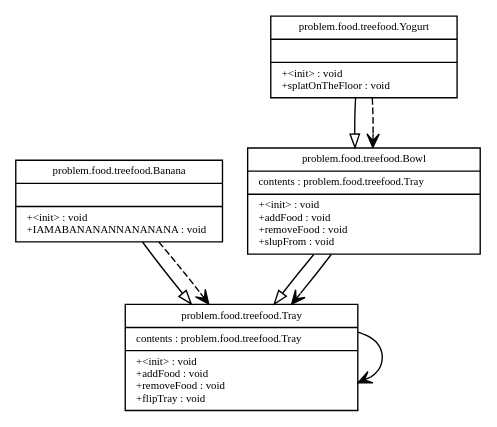
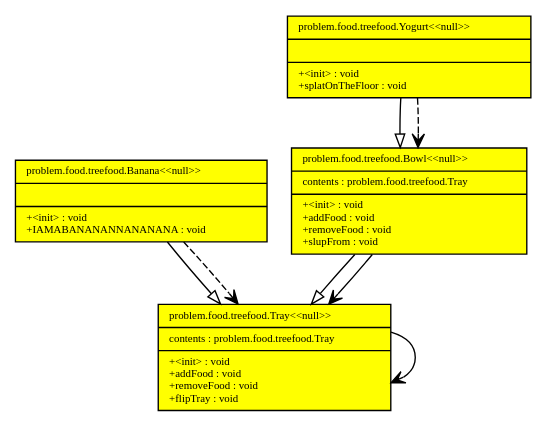
Before and after one commit to schnip/BluePizzaDiagrams: the diagram in dot/out.dot, drawn with Graphviz. The commit also changed 2 other files, not shown here.

```diff
--- a/dot/out.dot
+++ b/dot/out.dot
@@ -1,43 +1,51 @@
 digraph G {
 fontname = "Bitstream Vera Sans"
 fontsize = 8
 node [
 fontname = "Bitstream Vera Sans"
 fontsize = 8
 shape = "record"
 ]
 edge [
 fontname = "Bitstream Vera Sans"
 fontsize = 8
 ]
 problemfoodtreefoodTray [
-label = "{problem.food.treefood.Tray|contents : problem.food.treefood.Tray\l|+\<init\> : void\l+addFood : void\l+removeFood : void\l+flipTray : void\l}"
+fillcolor=yellow, style=filled,
+label = "{problem.food.treefood.Tray
+\<\<null\>\>\l|contents : problem.food.treefood.Tray\l|+\<init\> : void\l+addFood : void\l+removeFood : void\l+flipTray : void\l}"
 ]
 problemfoodtreefoodBanana [
-label = "{problem.food.treefood.Banana||+\<init\> : void\l+IAMABANANANNANANANA : void\l}"
+fillcolor=yellow, style=filled,
+label = "{problem.food.treefood.Banana
+\<\<null\>\>\l||+\<init\> : void\l+IAMABANANANNANANANA : void\l}"
 ]
 problemfoodtreefoodBowl [
-label = "{problem.food.treefood.Bowl|contents : problem.food.treefood.Tray\l|+\<init\> : void\l+addFood : void\l+removeFood : void\l+slupFrom : void\l}"
+fillcolor=yellow, style=filled,
+label = "{problem.food.treefood.Bowl
+\<\<null\>\>\l|contents : problem.food.treefood.Tray\l|+\<init\> : void\l+addFood : void\l+removeFood : void\l+slupFrom : void\l}"
 ]
 problemfoodtreefoodYogurt [
-label = "{problem.food.treefood.Yogurt||+\<init\> : void\l+splatOnTheFloor : void\l}"
+fillcolor=yellow, style=filled,
+label = "{problem.food.treefood.Yogurt
+\<\<null\>\>\l||+\<init\> : void\l+splatOnTheFloor : void\l}"
 ]
 edge [ arrowhead = "empty", style = "none"  ]
 problemfoodtreefoodBowl -> problemfoodtreefoodTray
 edge [ arrowhead = "empty", style = "none"  ]
 problemfoodtreefoodYogurt -> problemfoodtreefoodBowl
 edge [ arrowhead = "empty", style = "none"  ]
 problemfoodtreefoodBanana -> problemfoodtreefoodTray
 edge [ arrowhead = "vee", style = "dashed" 
  ]
 problemfoodtreefoodYogurt -> problemfoodtreefoodBowl
 edge [ arrowhead = "vee", style = "dashed" 
  ]
 problemfoodtreefoodBanana -> problemfoodtreefoodTray
 edge [ arrowhead = "vee", style = "none" 
  ]
 problemfoodtreefoodBowl -> problemfoodtreefoodTray
 edge [ arrowhead = "vee", style = "none" 
  ]
 problemfoodtreefoodTray -> problemfoodtreefoodTray
 }
```
